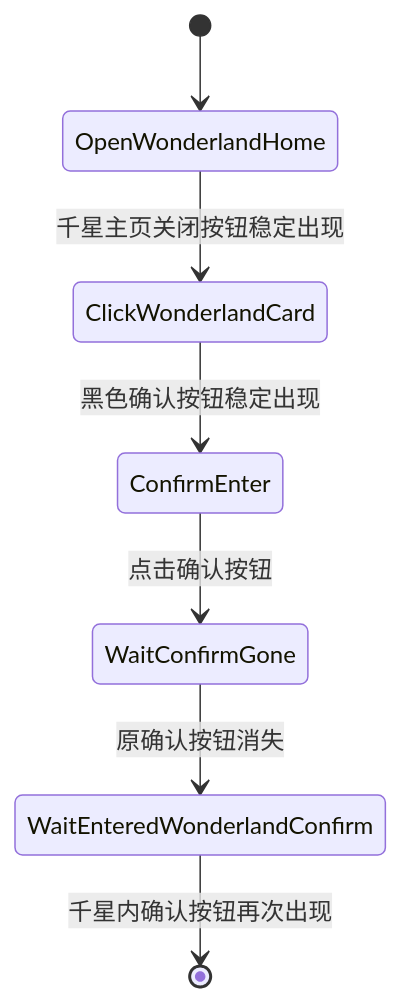
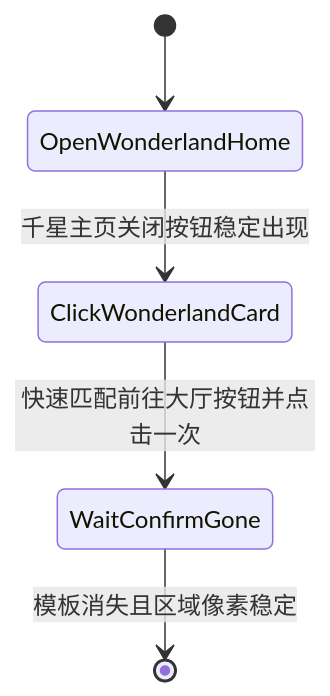
The third of 3 diagrams in docs/startup-wonderland-flow.md (XingNian-www/Miliastra-Wonderland-Music), drawn with Mermaid before and after one commit. The commit also changed other lines of this file and 9 other files, not shown here.

````diff
--- a/docs/startup-wonderland-flow.md
+++ b/docs/startup-wonderland-flow.md
@@ -113,9 +117,7 @@
 ```mermaid
 stateDiagram-v2
     [*] --> OpenWonderlandHome
     OpenWonderlandHome --> ClickWonderlandCard: 千星主页关闭按钮稳定出现
-    ClickWonderlandCard --> ConfirmEnter: 黑色确认按钮稳定出现
-    ConfirmEnter --> WaitConfirmGone: 点击确认按钮
-    WaitConfirmGone --> WaitEnteredWonderlandConfirm: 原确认按钮消失
-    WaitEnteredWonderlandConfirm --> [*]: 千星内确认按钮再次出现
+    ClickWonderlandCard --> WaitConfirmGone: 快速匹配前往大厅按钮并点击一次
+    WaitConfirmGone --> [*]: 模板消失且区域像素稳定
 ```
````
